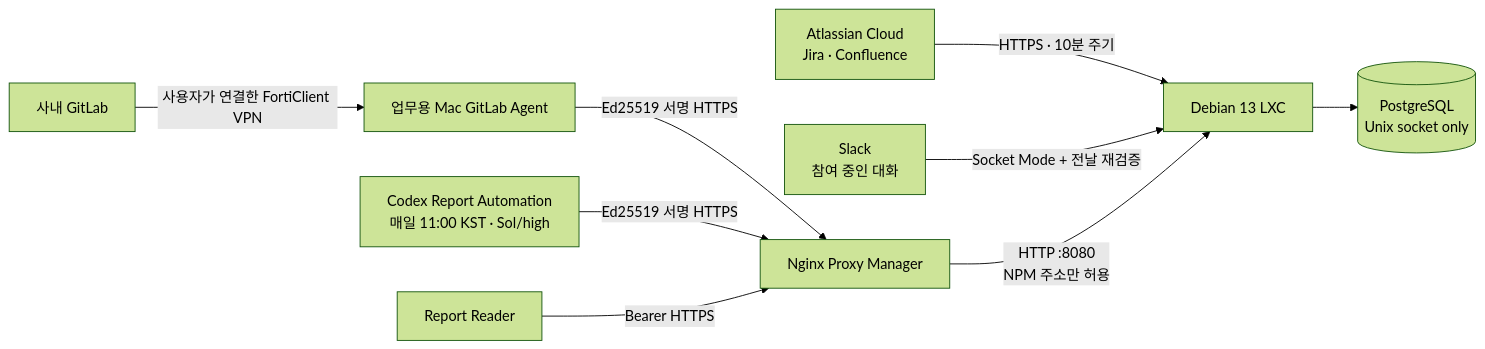
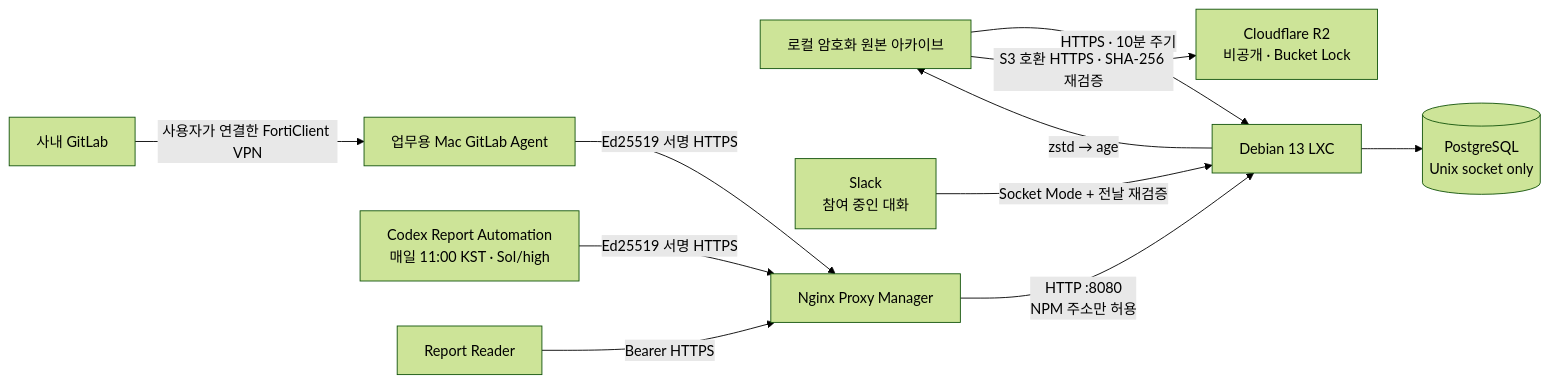
One commit to ParkWonYeop/work-history changed the diagram in README.md. Above: the diagram before and after it, drawn with Mermaid (forest theme). The commit also changed other lines of this file and 22 other files, not shown here.

````diff
--- a/README.md
+++ b/README.md
@@ -15,11 +15,13 @@
 ```mermaid
 flowchart LR
     A["Atlassian Cloud<br/>Jira · Confluence"] -->|"HTTPS · 10분 주기"| L["Debian 13 LXC"]
     S["Slack<br/>참여 중인 대화"] -->|"Socket Mode + 전날 재검증"| L
     G["사내 GitLab"] -->|"사용자가 연결한 FortiClient VPN"| M["업무용 Mac GitLab Agent"]
     M -->|"Ed25519 서명 HTTPS"| N["Nginx Proxy Manager"]
     N -->|"HTTP :8080<br/>NPM 주소만 허용"| L
     L --> P[("PostgreSQL<br/>Unix socket only")]
+    L -->|"zstd → age"| A["로컬 암호화 원본 아카이브"]
+    A -->|"S3 호환 HTTPS · SHA-256 재검증"| R2["Cloudflare R2<br/>비공개 · Bucket Lock"]
     C["Codex Report Automation<br/>매일 11:00 KST · Sol/high"] -->|"Ed25519 서명 HTTPS"| N
     R["Report Reader"] -->|"Bearer HTTPS"| N
 ```
````
